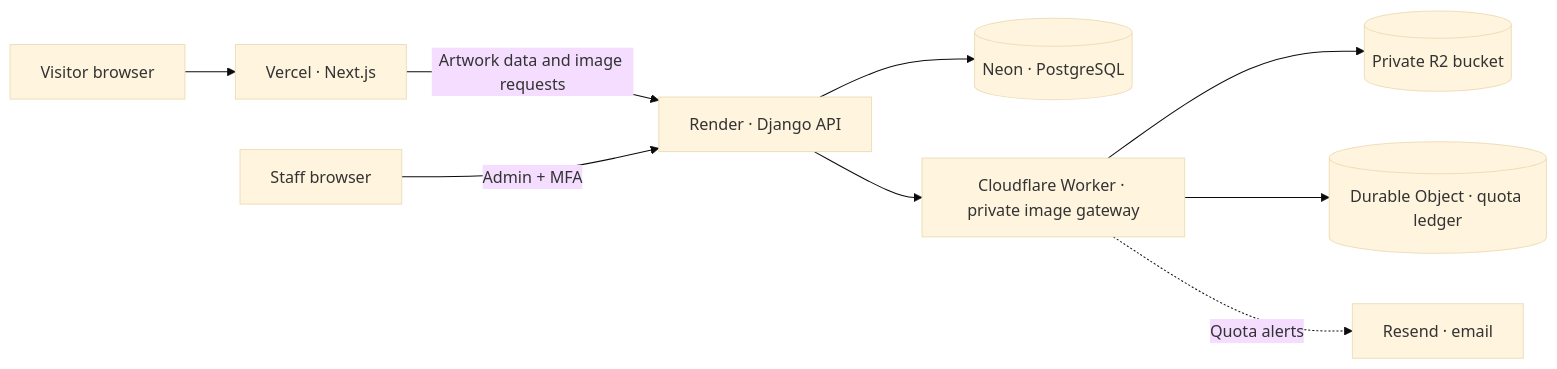
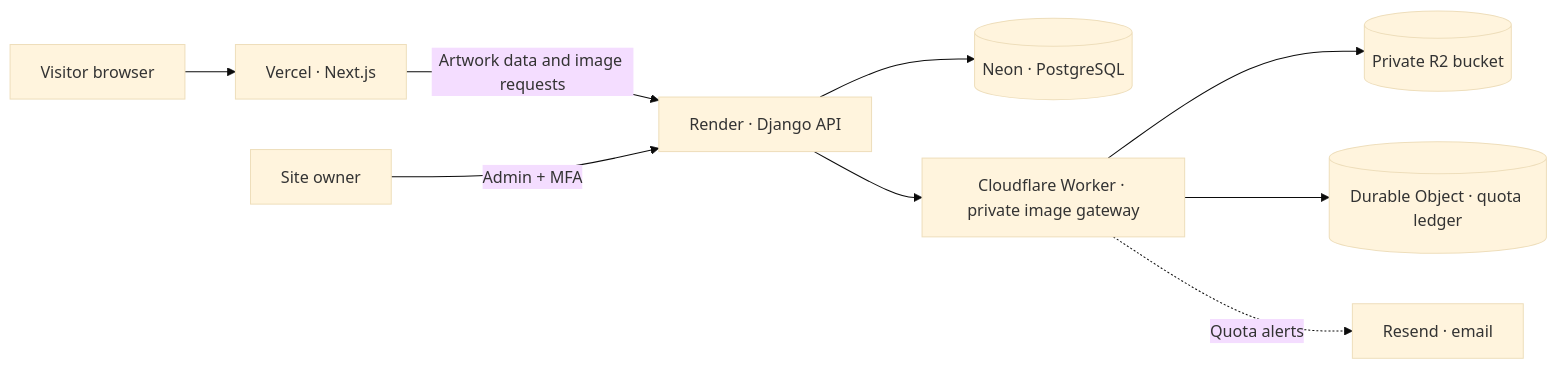
Before and after one commit to aydinkaancinar/kaan-gallery: the first of 2 diagrams in README.md, drawn with Mermaid (base theme). The commit also changed other lines of this file and 2 other files, not shown here.

````diff
--- a/README.md
+++ b/README.md
@@ -20,11 +20,11 @@
 ```mermaid
 flowchart LR
     Browser[Visitor browser] --> Vercel[Vercel · Next.js]
     Vercel -->|Artwork data and image requests| Render[Render · Django API]
-    Staff[Staff browser] -->|Admin + MFA| Render
+    Owner[Site owner] -->|Admin + MFA| Render
     Render --> Neon[(Neon · PostgreSQL)]
     Render --> Gateway[Cloudflare Worker · private image gateway]
     Gateway --> R2[(Private R2 bucket)]
     Gateway --> Ledger[(Durable Object · quota ledger)]
     Gateway -.->|Quota alerts| Resend[Resend · email]
 ```
````
